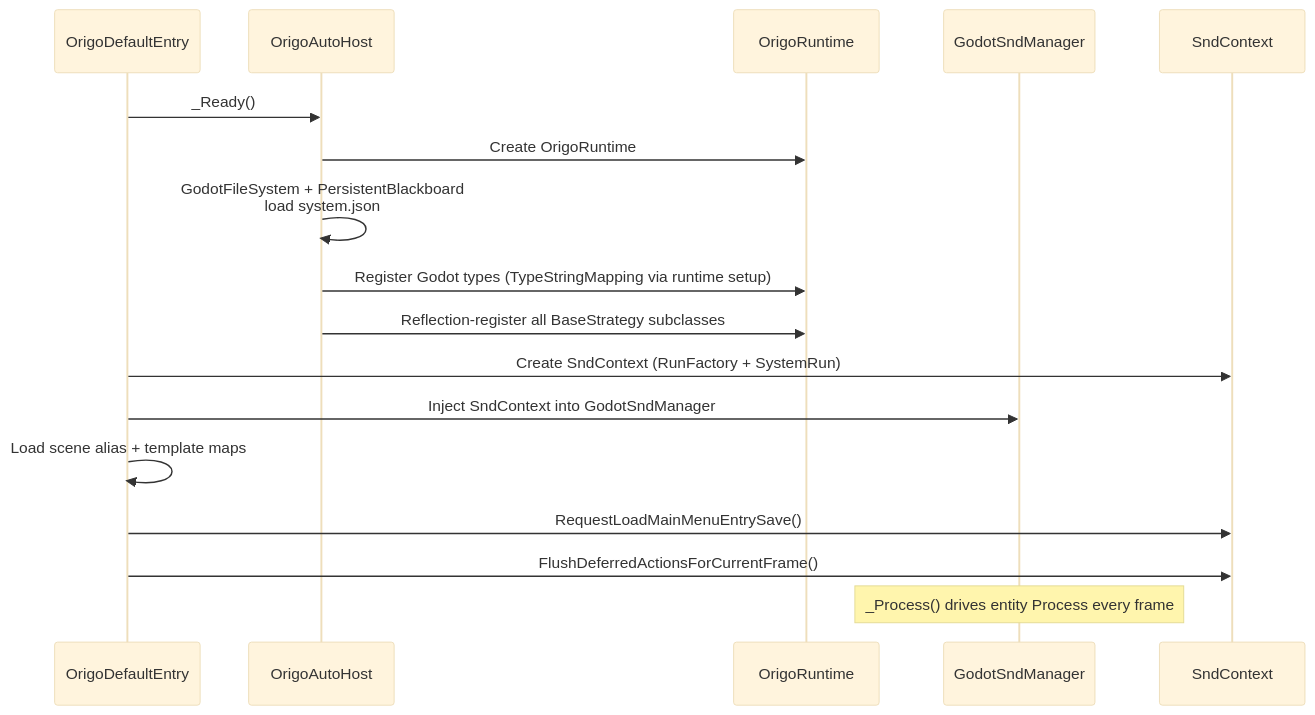
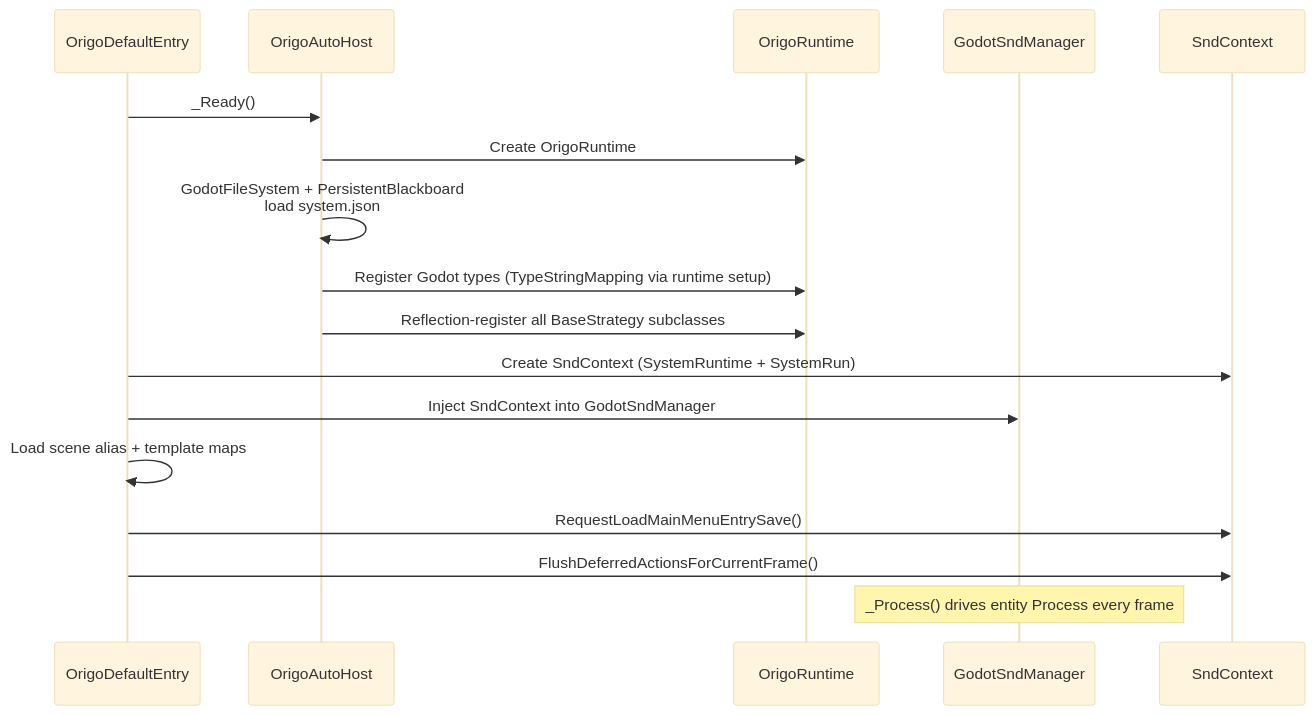
The second of 2 diagrams in README.md (51193/origo.stable), drawn with Mermaid (base theme) before and after one commit. The commit also changed other lines of this file and 116 other files, not shown here.

````diff
--- a/README.md
+++ b/README.md
@@ -1054,20 +1127,20 @@
 ```mermaid
 sequenceDiagram
     participant Entry as OrigoDefaultEntry
     participant Host as OrigoAutoHost
     participant RT as OrigoRuntime
     participant SM as GodotSndManager
     participant Ctx as SndContext
 
     Entry->>Host: _Ready()
     Host->>RT: Create OrigoRuntime
     Host->>Host: GodotFileSystem + PersistentBlackboard<br/>load system.json
     Host->>RT: Register Godot types (TypeStringMapping via runtime setup)
     Host->>RT: Reflection-register all BaseStrategy subclasses
-    Entry->>Ctx: Create SndContext (RunFactory + SystemRun)
+    Entry->>Ctx: Create SndContext (SystemRuntime + SystemRun)
     Entry->>SM: Inject SndContext into GodotSndManager
     Entry->>Entry: Load scene alias + template maps
     Entry->>Ctx: RequestLoadMainMenuEntrySave()
     Entry->>Ctx: FlushDeferredActionsForCurrentFrame()
     Note over SM: _Process() drives entity Process every frame
 ```
````
